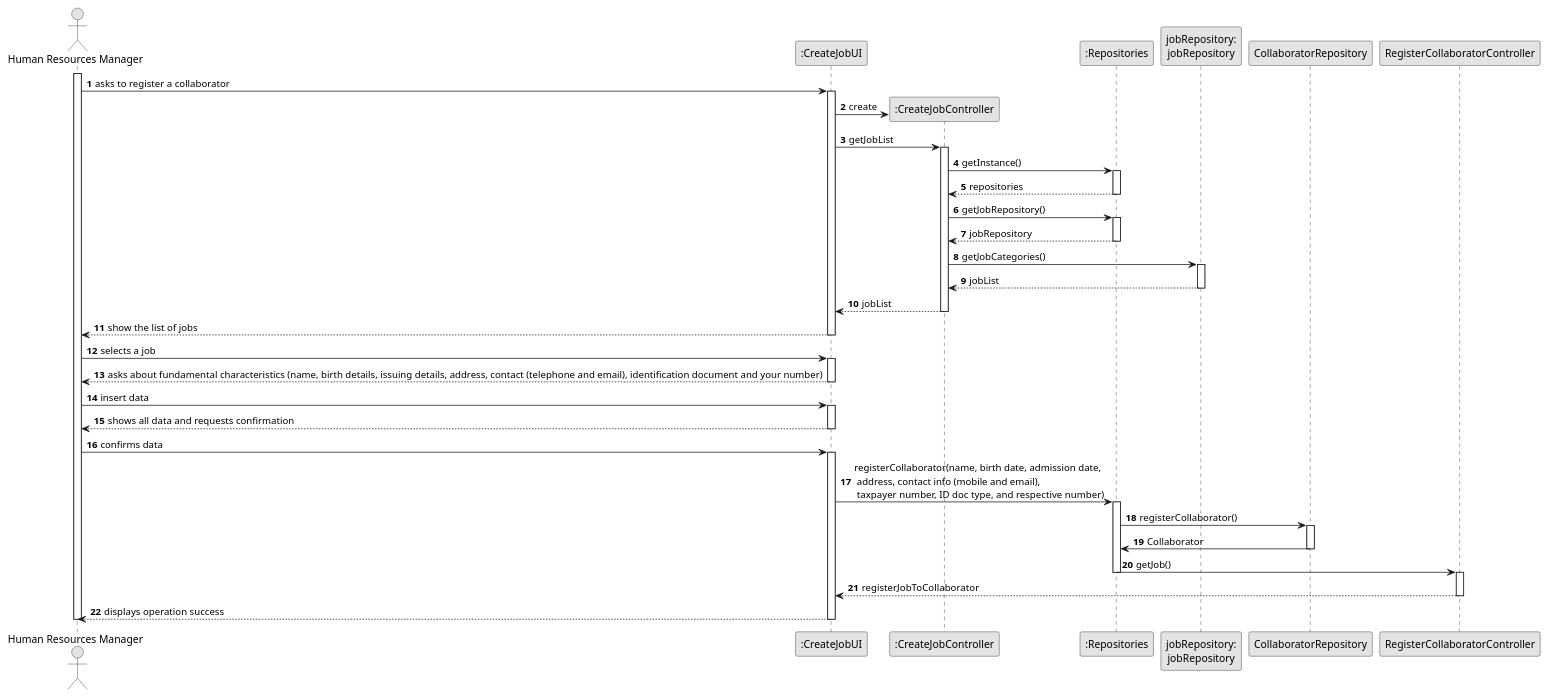
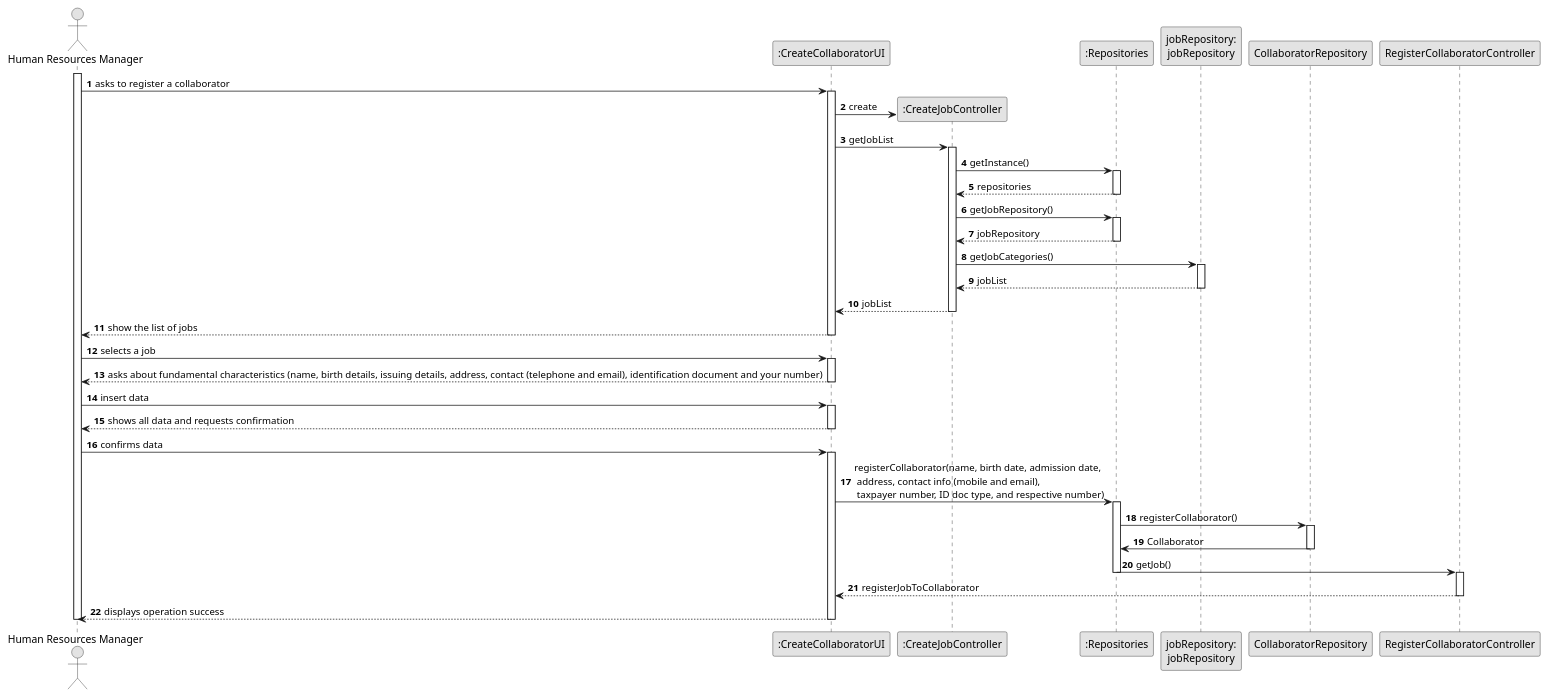
Before and after one commit to Departamento-de-Engenharia-Informatica/lei-24-s2-1dl-g121: the diagram in docs/sprintB/us003/03.design/puml/us003-sequence-diagram-full.puml, drawn with PlantUML. The commit also changed 2 other files, not shown here.

```diff
--- a/docs/sprintB/us003/03.design/puml/us003-sequence-diagram-full.puml
+++ b/docs/sprintB/us003/03.design/puml/us003-sequence-diagram-full.puml
@@ -1,102 +1,102 @@
 @startuml
 skinparam monochrome true
 skinparam packageStyle rectangle
 skinparam shadowing false
 
 autonumber
 
 'hide footbox
 actor "Human Resources Manager" as ADM
-participant ":CreateJobUI" as UI
+participant ":CreateCollaboratorUI" as UI
 participant ":CreateJobController" as CTRL
 participant ":Repositories" as RepositorySingleton
 participant "jobRepository:\njobRepository" as TaskCategoryRepository
 participant "CollaboratorRepository" as SIU
 participant "RegisterCollaboratorController" as POP
 
 
 activate ADM
 
         ADM -> UI : asks to register a collaborator
 
         activate UI
 
 '            UI --> ADM : requests data (reference, description,  informal \n description, technical description, duration, cost)
             'create CTRL
             UI -> CTRL** : create
 
             UI -> CTRL : getJobList
             activate CTRL
 
                 CTRL -> RepositorySingleton : getInstance()
                 activate RepositorySingleton
 
                     RepositorySingleton --> CTRL: repositories
                 deactivate RepositorySingleton
 
                 CTRL -> RepositorySingleton : getJobRepository()
                 activate RepositorySingleton
 
                     RepositorySingleton --> CTRL: jobRepository
                 deactivate RepositorySingleton
 
                 CTRL -> TaskCategoryRepository : getJobCategories()
                 activate TaskCategoryRepository
 
                     TaskCategoryRepository --> CTRL : jobList
                 deactivate TaskCategoryRepository
 
                 CTRL --> UI : jobList
             deactivate CTRL
 
             UI --> ADM : show the list of jobs
         deactivate UI
 
     ADM -> UI : selects a job
     activate UI
 
         UI --> ADM : asks about fundamental characteristics (name, birth details, issuing details, address, contact (telephone and email), identification document and your number)
     deactivate UI
 
     ADM -> UI : insert data
     activate UI
 
         UI --> ADM : shows all data and requests confirmation
     deactivate UI
 
     ADM -> UI : confirms data
     activate UI
 
         UI -> RepositorySingleton : registerCollaborator(name, birth date, admission date, \n address, contact info (mobile and email), \n taxpayer number, ID doc type, and respective number)
         activate RepositorySingleton
 
 
 
 
 
                 RepositorySingleton -> SIU : registerCollaborator()
             activate SIU
 
                 SIU -> RepositorySingleton : Collaborator
             deactivate SIU
 
             RepositorySingleton -> POP : getJob()
             deactivate RepositorySingleton
                  activate POP
 
 
                     POP --> UI : registerJobToCollaborator
                     deactivate POP
 
 
 
 
             deactivate CTRL
 
             deactivate CTRL
             UI --> ADM: displays operation success
     deactivate UI
 
 deactivate ADM
 
 @enduml
```
